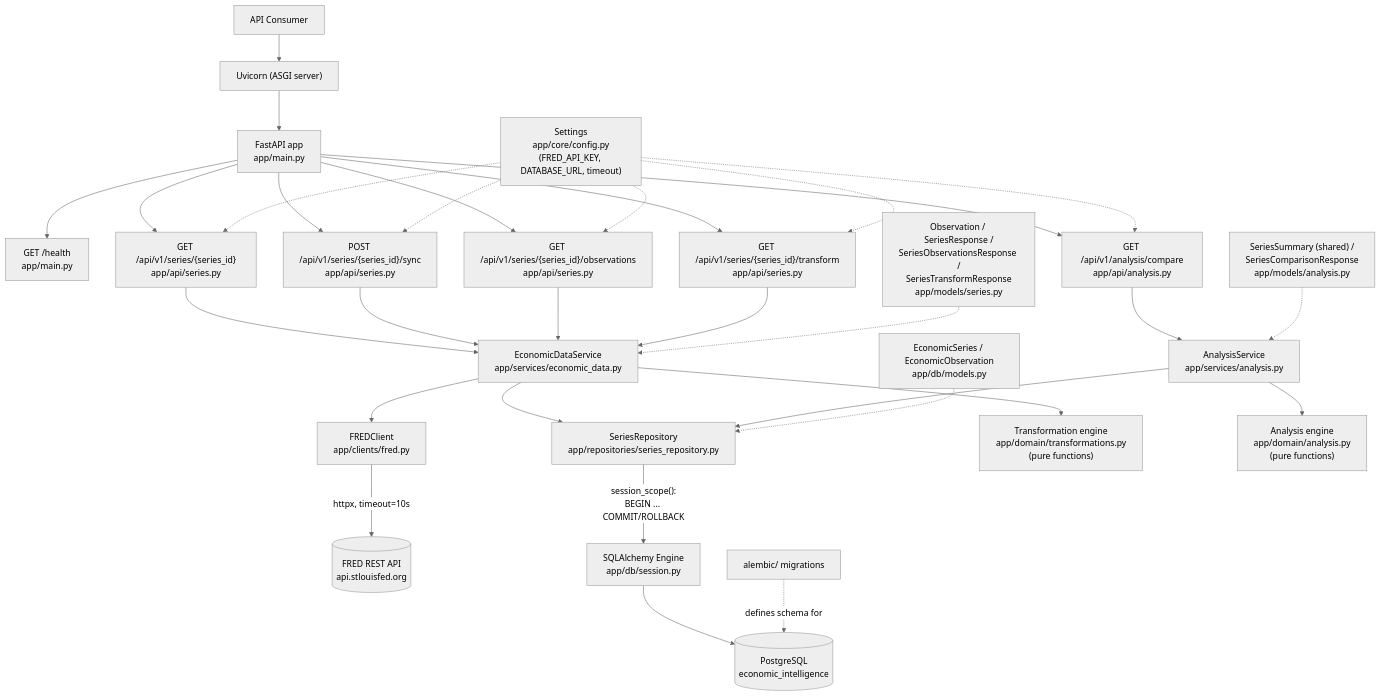
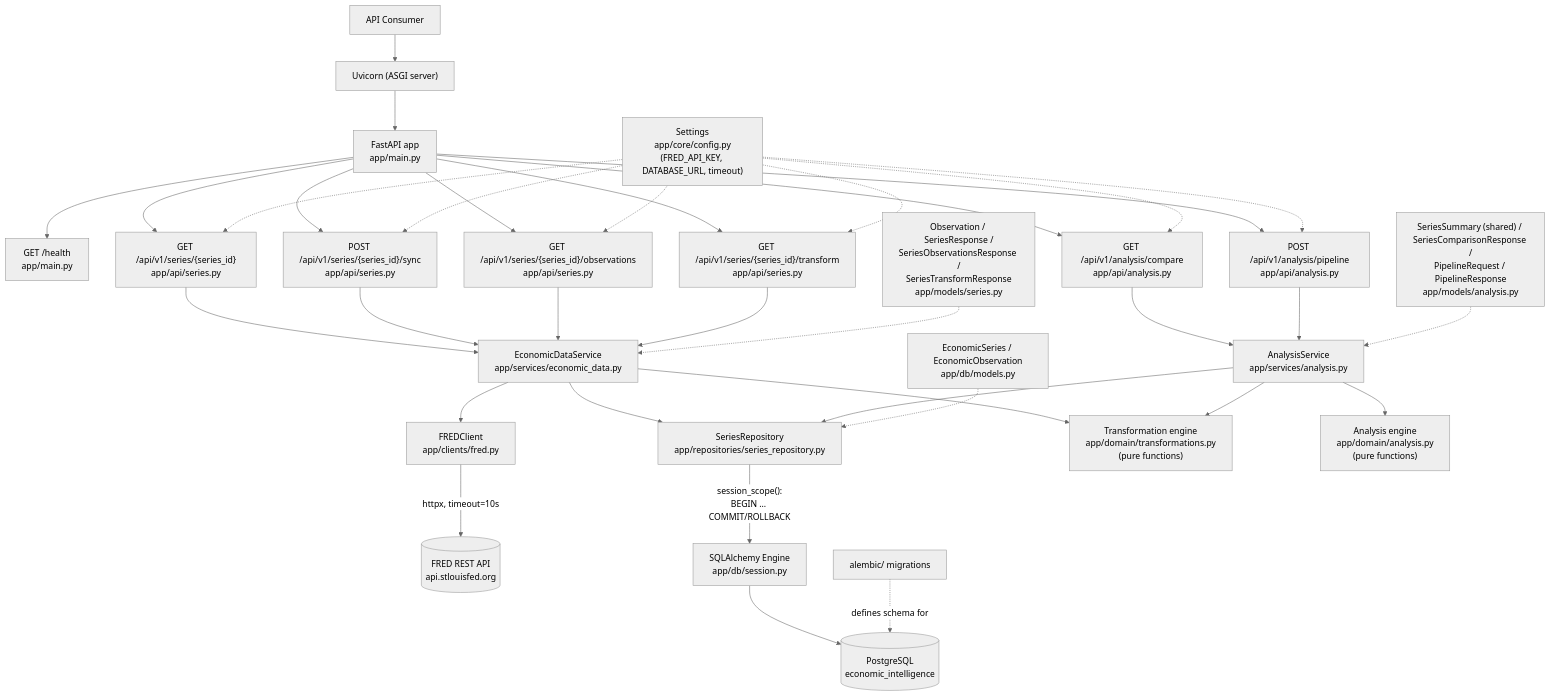
One commit to JerrodMcHenry/economic-intelligence changed the diagram in docs/architecture/current-architecture.md. Above: the diagram before and after it, drawn with Mermaid (neutral theme). The commit also changed other lines of this file and 6 other files, not shown here.

Commit message:
feat: add composable analysis pipeline

````diff
--- a/docs/architecture/current-architecture.md
+++ b/docs/architecture/current-architecture.md
@@ -30,38 +30,42 @@
 ```mermaid
 graph TD
     Consumer["API Consumer"] --> Uvicorn["Uvicorn (ASGI server)"]
     Uvicorn --> App["FastAPI app<br/>app/main.py"]
 
     App --> Health["GET /health<br/>app/main.py"]
     App --> GetRoute["GET /api/v1/series/{series_id}<br/>app/api/series.py"]
     App --> SyncRoute["POST /api/v1/series/{series_id}/sync<br/>app/api/series.py"]
     App --> ObsRoute["GET /api/v1/series/{series_id}/observations<br/>app/api/series.py"]
     App --> TransformRoute["GET /api/v1/series/{series_id}/transform<br/>app/api/series.py"]
     App --> CompareRoute["GET /api/v1/analysis/compare<br/>app/api/analysis.py"]
+    App --> PipelineRoute["POST /api/v1/analysis/pipeline<br/>app/api/analysis.py"]
 
     GetRoute --> Service["EconomicDataService<br/>app/services/economic_data.py"]
     SyncRoute --> Service
     ObsRoute --> Service
     TransformRoute --> Service
     CompareRoute --> AnalysisSvc["AnalysisService<br/>app/services/analysis.py"]
+    PipelineRoute --> AnalysisSvc
 
     Service --> Client["FREDClient<br/>app/clients/fred.py"]
     Service --> Repo["SeriesRepository<br/>app/repositories/series_repository.py"]
     Service --> Engine["Transformation engine<br/>app/domain/transformations.py<br/>(pure functions)"]
     AnalysisSvc --> Repo
+    AnalysisSvc --> Engine
     AnalysisSvc --> AnalysisEngine["Analysis engine<br/>app/domain/analysis.py<br/>(pure functions)"]
 
     Client -->|"httpx, timeout=10s"| FRED[("FRED REST API<br/>api.stlouisfed.org")]
     Repo -->|"session_scope():<br/>BEGIN ... COMMIT/ROLLBACK"| Orm["SQLAlchemy Engine<br/>app/db/session.py"]
     Orm --> PG[("PostgreSQL<br/>economic_intelligence")]
 
     Config["Settings<br/>app/core/config.py<br/>(FRED_API_KEY, DATABASE_URL, timeout)"] -.-> GetRoute
     Config -.-> SyncRoute
     Config -.-> ObsRoute
     Config -.-> TransformRoute
     Config -.-> CompareRoute
+    Config -.-> PipelineRoute
     Models["Observation / SeriesResponse /<br/>SeriesObservationsResponse /<br/>SeriesTransformResponse<br/>app/models/series.py"] -.-> Service
-    AnalysisModels["SeriesSummary (shared) /<br/>SeriesComparisonResponse<br/>app/models/analysis.py"] -.-> AnalysisSvc
+    AnalysisModels["SeriesSummary (shared) / SeriesComparisonResponse /<br/>PipelineRequest / PipelineResponse<br/>app/models/analysis.py"] -.-> AnalysisSvc
     OrmModels["EconomicSeries / EconomicObservation<br/>app/db/models.py"] -.-> Repo
     Alembic["alembic/ migrations"] -.->|"defines schema for"| PG
 ```
````
